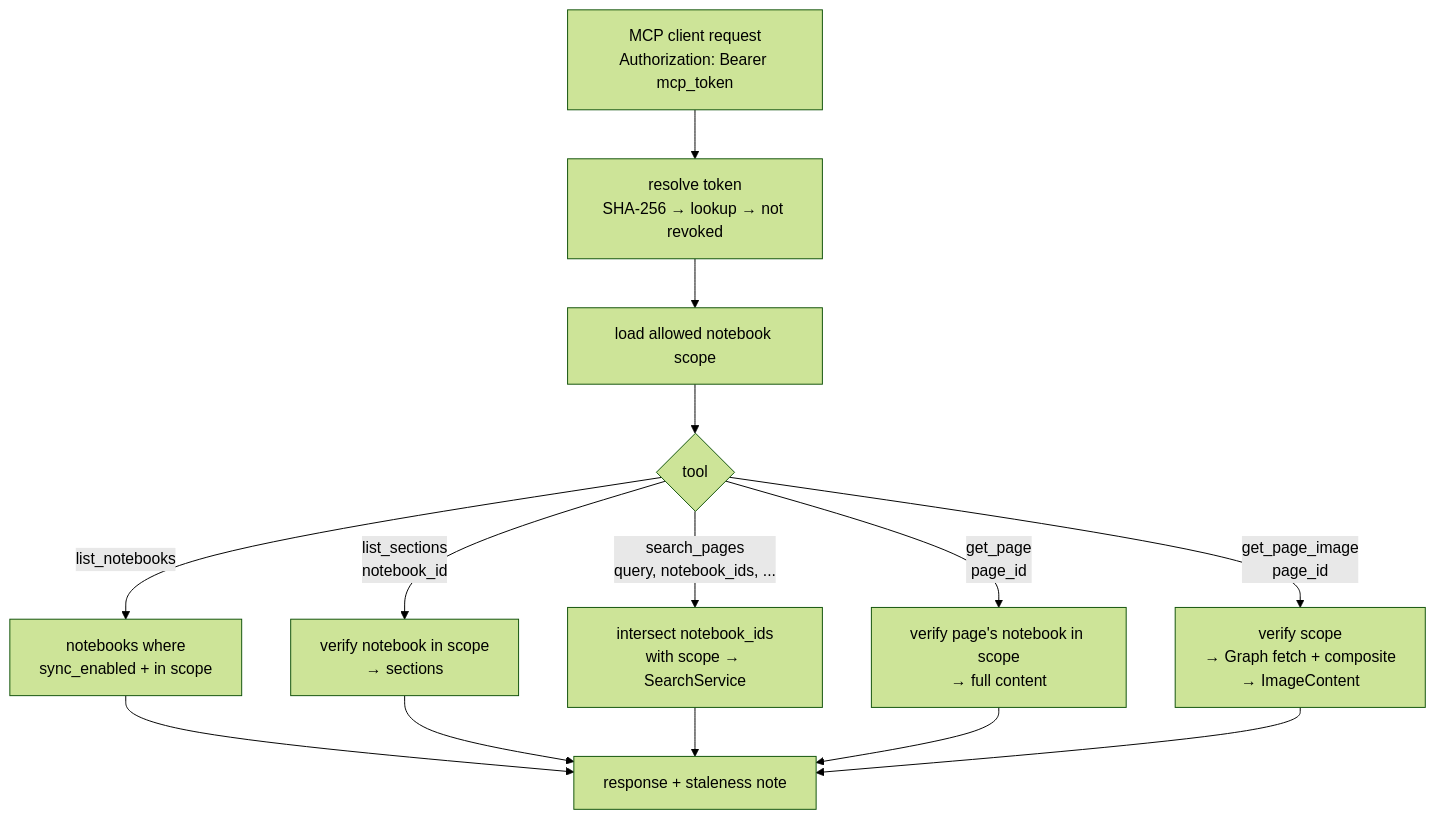
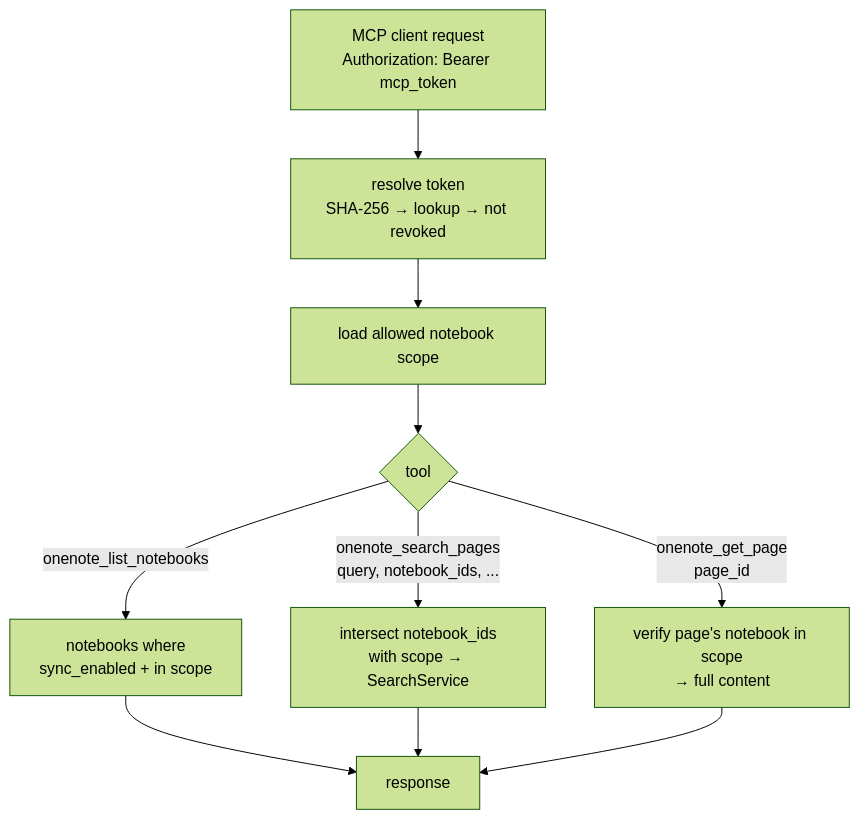
One commit to naeem-moostofa/one-note-mcp changed the first of 2 diagrams in plans/mcp-server-plan.md. Above: the diagram before and after it, drawn with Mermaid (forest theme). The commit also changed other lines of this file and 10 other files, not shown here.

````diff
--- a/plans/mcp-server-plan.md
+++ b/plans/mcp-server-plan.md
@@ -18,16 +23,12 @@
 ```mermaid
 flowchart TD
     A[MCP client request<br/>Authorization: Bearer mcp_token] --> B[resolve token<br/>SHA-256 → lookup → not revoked]
     B --> C[load allowed notebook scope]
     C --> D{tool}
-    D -->|list_notebooks| E[notebooks where<br/>sync_enabled + in scope]
-    D -->|list_sections<br/>notebook_id| F[verify notebook in scope<br/>→ sections]
-    D -->|search_pages<br/>query, notebook_ids, ...| G[intersect notebook_ids<br/>with scope → SearchService]
-    D -->|get_page<br/>page_id| H[verify page's notebook in scope<br/>→ full content]
-    D -->|get_page_image<br/>page_id| I[verify scope<br/>→ Graph fetch + composite<br/>→ ImageContent]
-    E --> J[response + staleness note]
-    F --> J
+    D -->|onenote_list_notebooks| E[notebooks where<br/>sync_enabled + in scope]
+    D -->|onenote_search_pages<br/>query, notebook_ids, ...| G[intersect notebook_ids<br/>with scope → SearchService]
+    D -->|onenote_get_page<br/>page_id| H[verify page's notebook in scope<br/>→ full content]
+    E --> J[response]
     G --> J
     H --> J
-    I --> J
 ```
````
